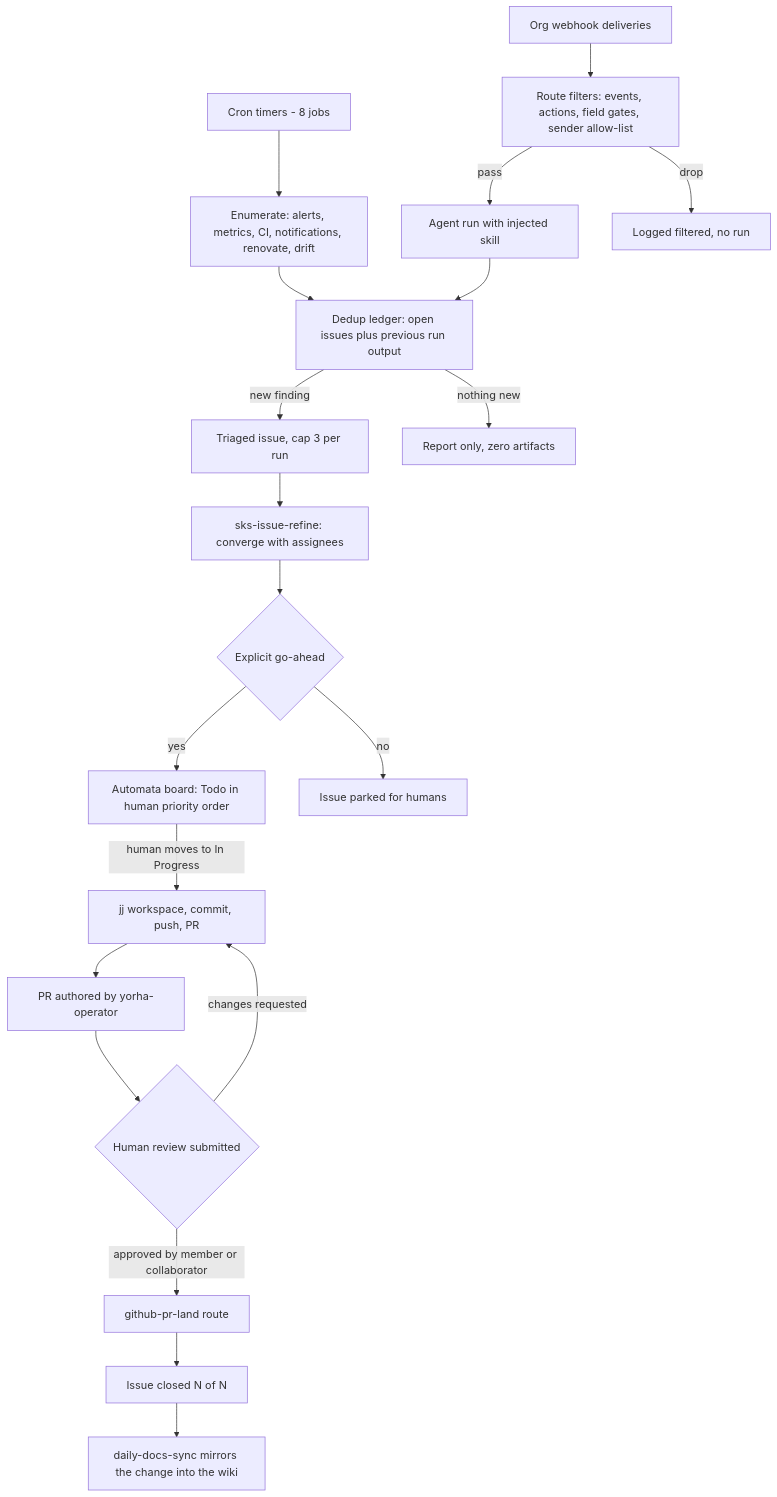
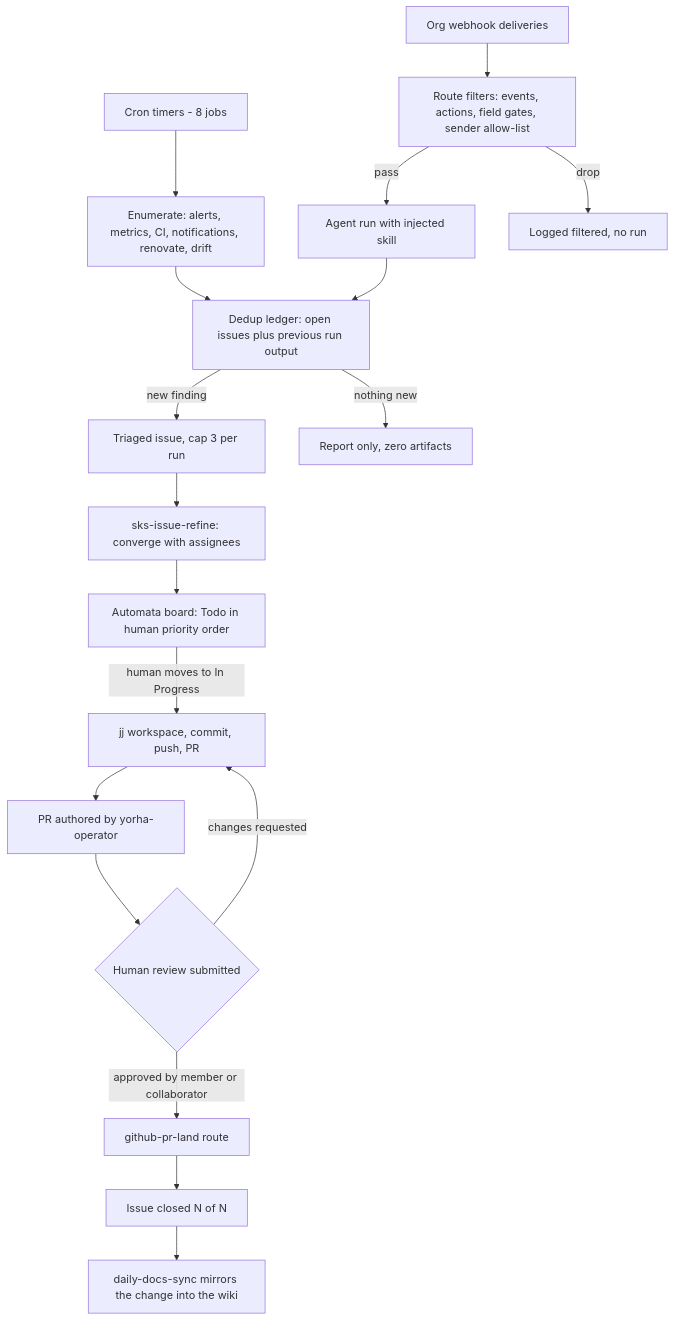
One commit to shikanime-studio/websites changed the diagram in apps/docs/docs/automation/webhooks-cronjobs.md. Above: the diagram before and after it, drawn with Mermaid.

Commit message:
Drop the go-ahead gate from the automation flow docs (#485)
The refine route no longer states an explicit go-ahead requirement and the
board hygiene job has no fleet twin on the automata guest. The board move to
In Progress is the sole dispatch authorization.

````diff
--- a/apps/docs/docs/automation/webhooks-cronjobs.md
+++ b/apps/docs/docs/automation/webhooks-cronjobs.md
@@ -20,24 +20,22 @@
 ```mermaid
 flowchart TD
     A[Cron timers - 8 jobs] --> G1
     G1[Enumerate: alerts, metrics, CI, notifications, renovate, drift]
     G1 --> D[Dedup ledger: open issues plus previous run output]
     B[Org webhook deliveries] --> F
     F[Route filters: events, actions, field gates, sender allow-list]
     F -->|pass| G2[Agent run with injected skill]
     F -->|drop| X[Logged filtered, no run]
     G2 --> D
     D -->|new finding| I[Triaged issue, cap 3 per run]
     D -->|nothing new| Z[Report only, zero artifacts]
     I --> R[sks-issue-refine: converge with assignees]
-    R --> GO{Explicit go-ahead}
-    GO -->|yes| BRD[Automata board: Todo in human priority order]
+    R --> BRD[Automata board: Todo in human priority order]
     BRD -->|human moves to In Progress| W[jj workspace, commit, push, PR]
-    GO -->|no| PARK[Issue parked for humans]
     W --> P[PR authored by yorha-operator]
     P --> HU{Human review submitted}
     HU -->|approved by member or collaborator| L[github-pr-land route]
     HU -->|changes requested| W
     L --> C[Issue closed N of N]
     C --> DOC[daily-docs-sync mirrors the change into the wiki]
 ```
````
